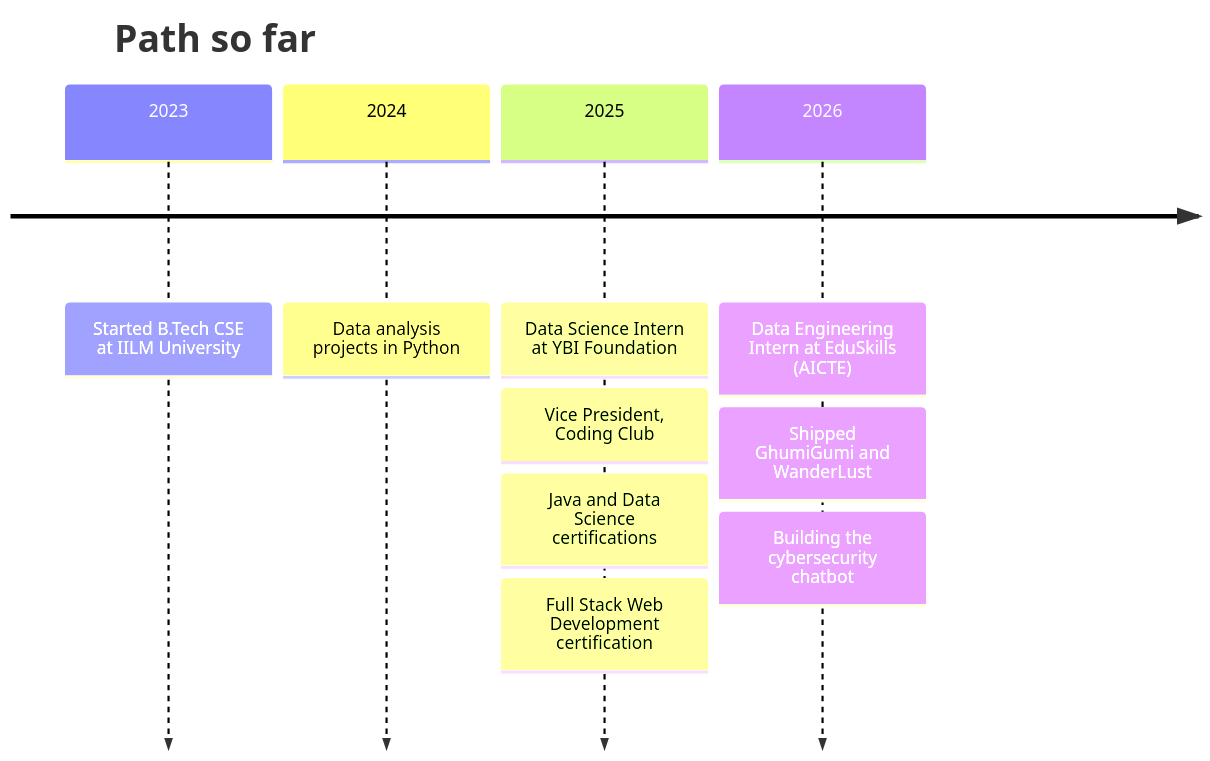
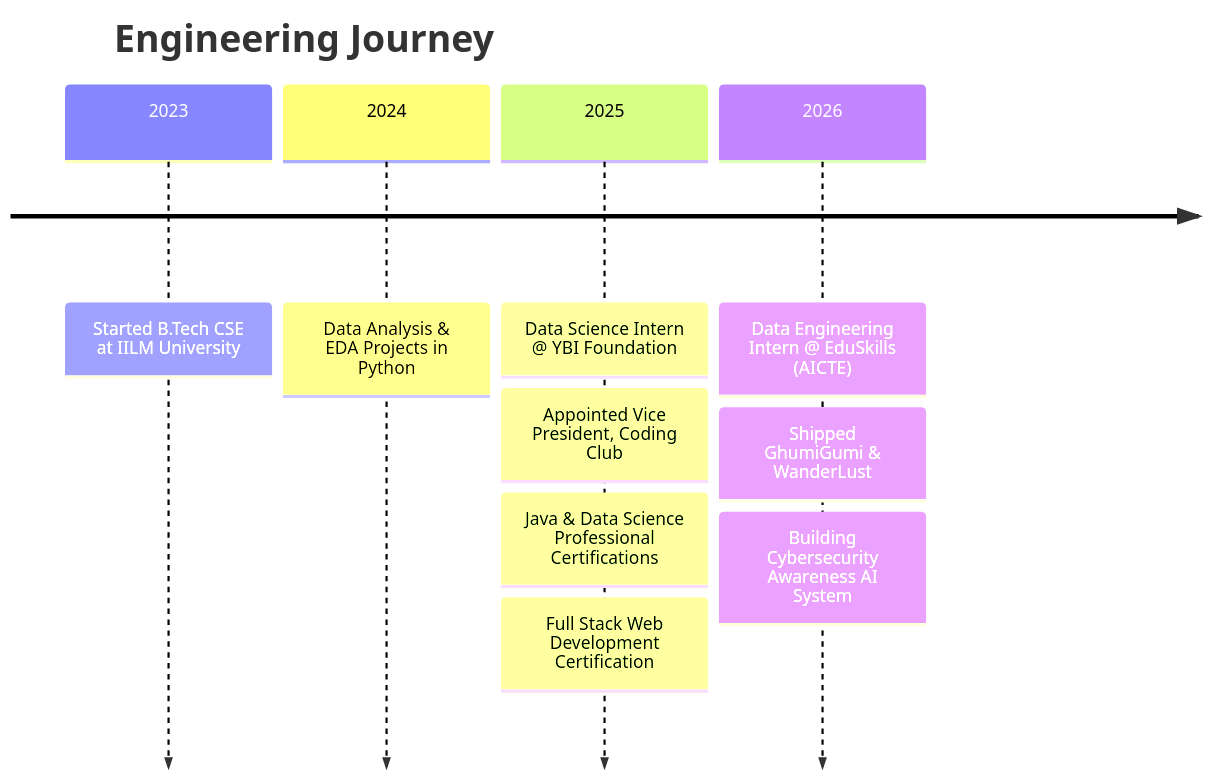
Before and after one commit to SalmanKhan123-dev/SalmanKhan123-dev: the second of 2 diagrams in README.md, drawn with Mermaid. The commit also changed other lines of this file, not shown here.

````diff
--- a/README.md
+++ b/README.md
@@ -243,13 +158,13 @@
 ```mermaid
 timeline
-    title Path so far
+    title Engineering Journey
     2023 : Started B.Tech CSE at IILM University
-    2024 : Data analysis projects in Python
-    2025 : Data Science Intern at YBI Foundation
-         : Vice President, Coding Club
-         : Java and Data Science certifications
-         : Full Stack Web Development certification
-    2026 : Data Engineering Intern at EduSkills (AICTE)
-         : Shipped GhumiGumi and WanderLust
-         : Building the cybersecurity chatbot
+    2024 : Data Analysis & EDA Projects in Python
+    2025 : Data Science Intern @ YBI Foundation
+         : Appointed Vice President, Coding Club
+         : Java & Data Science Professional Certifications
+         : Full Stack Web Development Certification
+    2026 : Data Engineering Intern @ EduSkills (AICTE)
+         : Shipped GhumiGumi & WanderLust
+         : Building Cybersecurity Awareness AI System
 ```
````
